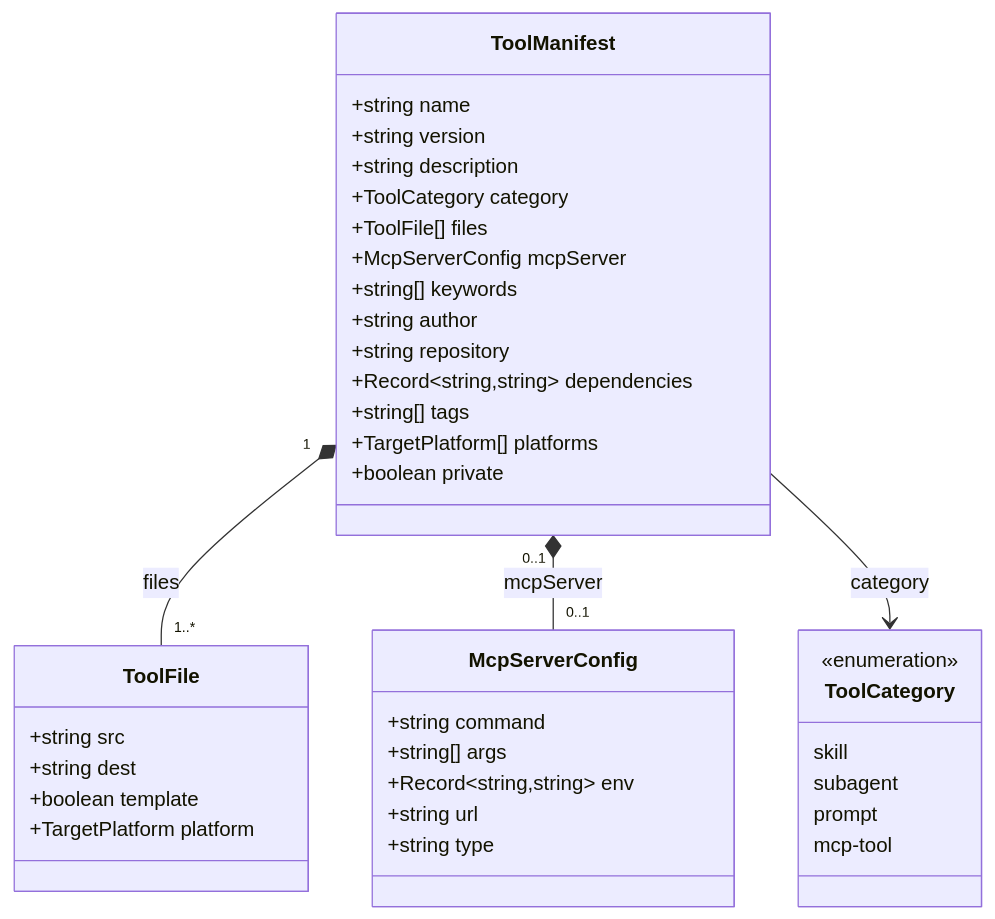
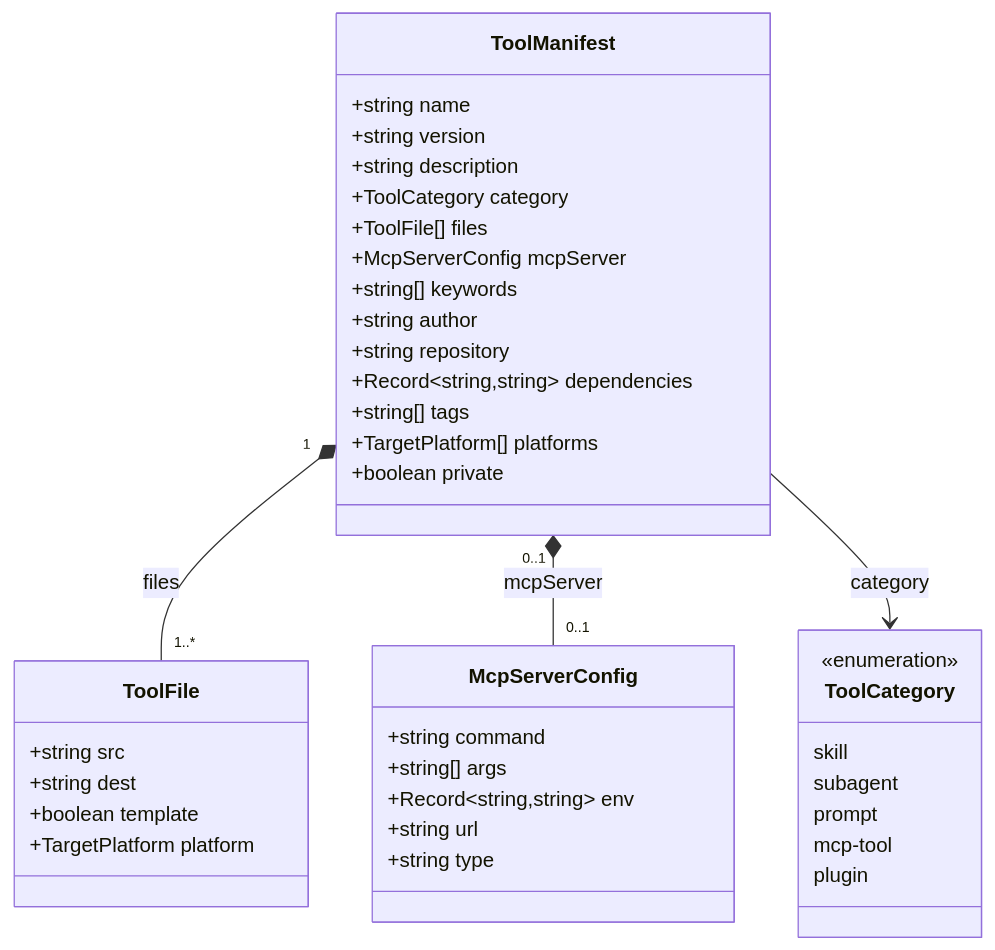
One commit to bitgenetics/aitools changed the first of 6 diagrams in docs/design/data-model.md. Above: the diagram before and after it, drawn with Mermaid. The commit also changed 28 other files, not shown here.

````diff
--- a/docs/design/data-model.md
+++ b/docs/design/data-model.md
@@ -13,45 +13,46 @@
 ```mermaid
 classDiagram
     class ToolManifest {
         +string name
         +string version
         +string description
         +ToolCategory category
         +ToolFile[] files
         +McpServerConfig mcpServer
         +string[] keywords
         +string author
         +string repository
         +Record~string,string~ dependencies
         +string[] tags
         +TargetPlatform[] platforms
         +boolean private
     }
 
     class ToolFile {
         +string src
         +string dest
         +boolean template
         +TargetPlatform platform
     }
 
     class McpServerConfig {
         +string command
         +string[] args
         +Record~string,string~ env
         +string url
         +string type
     }
 
     class ToolCategory {
         <<enumeration>>
         skill
         subagent
         prompt
         mcp-tool
+        plugin
     }
 
     ToolManifest "1" *-- "1..*" ToolFile : files
     ToolManifest "0..1" *-- "0..1" McpServerConfig : mcpServer
     ToolManifest --> ToolCategory : category
 ```
````
